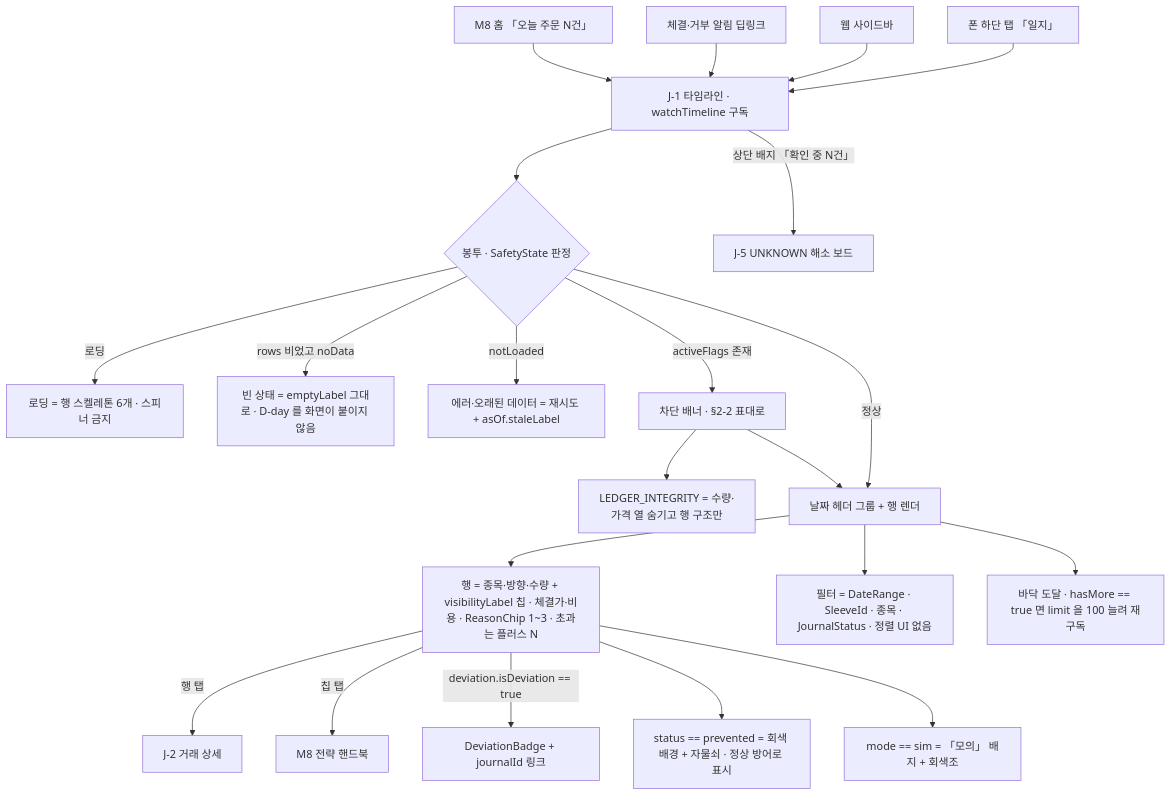
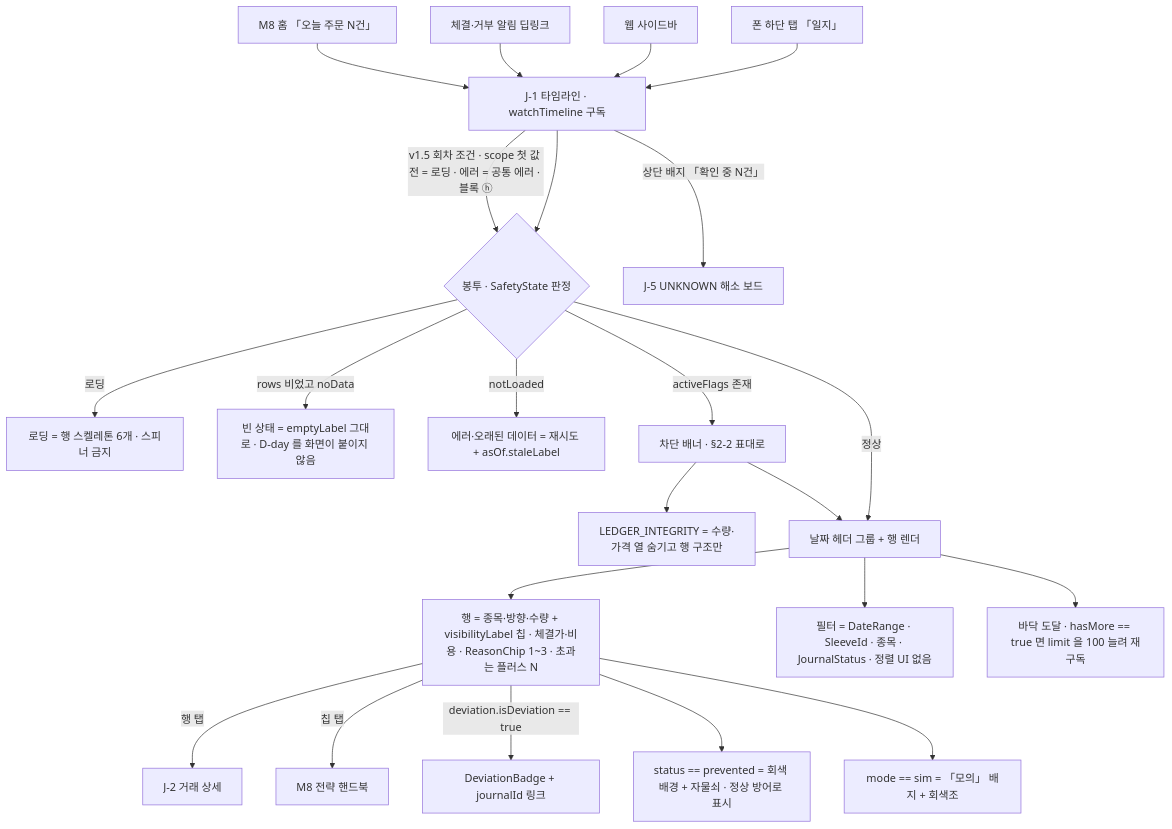
The eighth of 27 diagrams in docs/ai-context/02_화면명세_M6_매매일지_보유현황.md (billybeom/AutoAlphaQuant), drawn with Mermaid before and after one commit. The commit also changed other lines of this file and 13 other files, not shown here.

````diff
--- a/docs/ai-context/02_화면명세_M6_매매일지_보유현황.md
+++ b/docs/ai-context/02_화면명세_M6_매매일지_보유현황.md
@@ -483,45 +502,46 @@
 ```mermaid
 flowchart TD
   IN1["폰 하단 탭 「일지」"]
   IN2["웹 사이드바"]
   IN3["체결·거부 알림 딥링크"]
   IN4["M8 홈 「오늘 주문 N건」"]
   J1["J-1 타임라인 · watchTimeline 구독"]
   ST{"봉투 · SafetyState 판정"}
   SK["로딩 = 행 스켈레톤 6개 · 스피너 금지"]
   EM["빈 상태 = emptyLabel 그대로 · D-day 를 화면이 붙이지 않음"]
   ER["에러·오래된 데이터 = 재시도 + asOf.staleLabel"]
   BL["차단 배너 · §2-2 표대로"]
   HIDE["LEDGER_INTEGRITY = 수량·가격 열 숨기고 행 구조만"]
   LIST["날짜 헤더 그룹 + 행 렌더"]
   ROW["행 = 종목·방향·수량 + visibilityLabel 칩 · 체결가·비용 · ReasonChip 1~3 · 초과는 플러스 N"]
   FT["필터 = DateRange · SleeveId · 종목 · JournalStatus · 정렬 UI 없음"]
   PG["바닥 도달 · hasMore == true 면 limit 을 100 늘려 재구독"]
   J2["J-2 거래 상세"]
   HB["M8 전략 핸드북"]
   DV["DeviationBadge + journalId 링크"]
   PV["status == prevented = 회색 배경 + 자물쇠 · 정상 방어로 표시"]
   SIM["mode == sim = 「모의」 배지 + 회색조"]
   J5["J-5 UNKNOWN 해소 보드"]
   IN1 --> J1
   IN2 --> J1
   IN3 --> J1
   IN4 --> J1
   J1 --> ST
   ST -->|"로딩"| SK
   ST -->|"rows 비었고 noData"| EM
   ST -->|"notLoaded"| ER
   ST -->|"activeFlags 존재"| BL
   ST -->|"정상"| LIST
   BL --> LIST
   BL --> HIDE
   LIST --> ROW
   LIST --> FT
   LIST --> PG
   ROW -->|"행 탭"| J2
   ROW -->|"칩 탭"| HB
   ROW -->|"deviation.isDeviation == true"| DV
   ROW --> PV
   ROW --> SIM
   J1 -->|"상단 배지 「확인 중 N건」"| J5
+  J1 -->|"v1.5 회차 조건 · scope 첫 값 전 = 로딩 · 에러 = 공통 에러 · 블록 ⓗ"| ST
 ```
````
